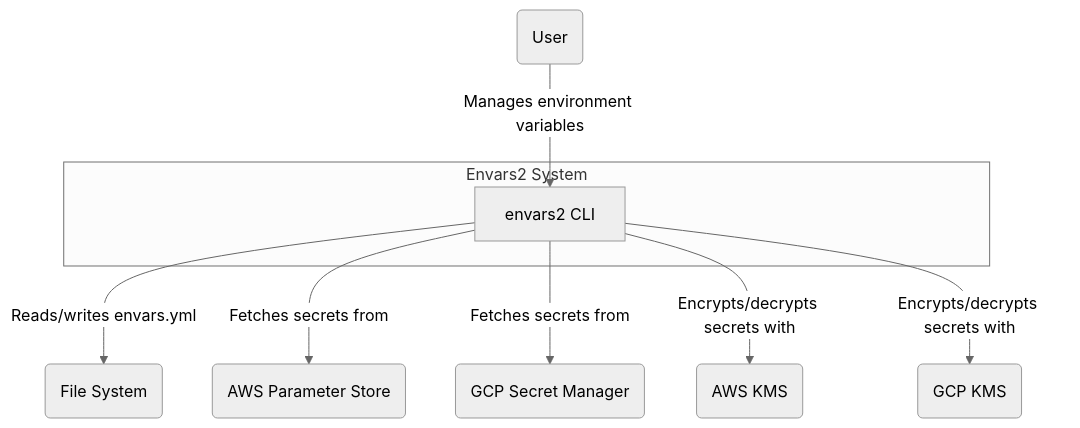
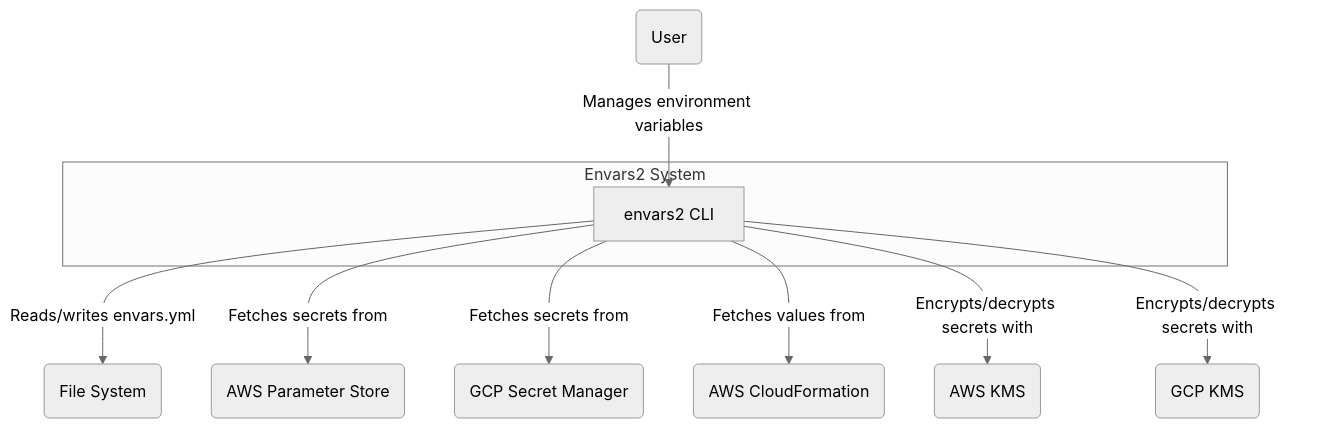
The first of 5 diagrams in docs/ARCHITECTURE.md (timeoutdigital/envars2), drawn with Mermaid (neutral theme) before and after one commit. The commit also changed 7 other files, not shown here.

First line of the commit message:
feat: Add CloudFormation exports lookup

````diff
--- a/docs/ARCHITECTURE.md
+++ b/docs/ARCHITECTURE.md
@@ -19,13 +19,14 @@
 ```mermaid
 graph TD
     subgraph "Envars2 System"
         A[envars2 CLI]
     end
 
     B(User) -- "Manages environment variables" --> A
     A -- "Reads/writes envars.yml" --> C(File System)
     A -- "Fetches secrets from" --> D(AWS Parameter Store)
     A -- "Fetches secrets from" --> E(GCP Secret Manager)
+    A -- "Fetches values from" --> H(AWS CloudFormation)
     A -- "Encrypts/decrypts secrets with" --> F(AWS KMS)
     A -- "Encrypts/decrypts secrets with" --> G(GCP KMS)
 ```
````
